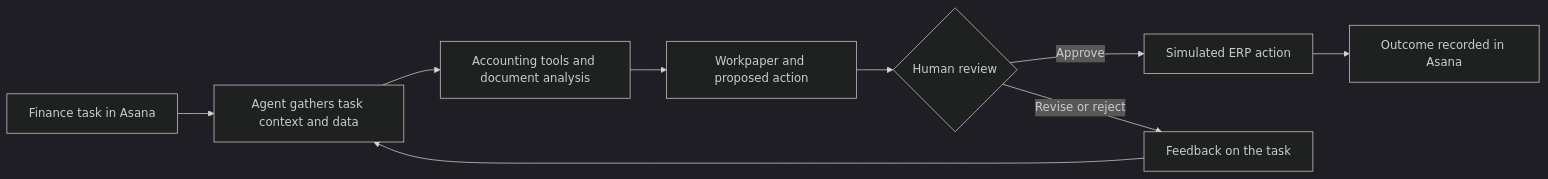
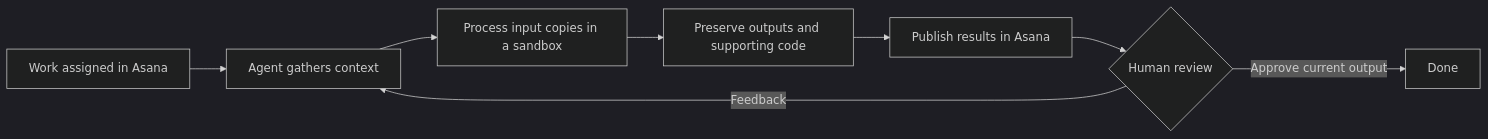
The diagram in README.md (neil-yee/accounting-finance-agent), drawn with Mermaid (dark theme) before and after one commit. The commit also changed other lines of this file and 47 other files, not shown here.

Commit message:
Add accounting finance agent foundation and supporting tooling

````diff
--- a/README.md
+++ b/README.md
@@ -34,11 +21,10 @@
 ```mermaid
 flowchart LR
-    A[Finance task in Asana] --> B[Agent gathers task context and data]
-    B --> C[Accounting tools and document analysis]
-    C --> D[Workpaper and proposed action]
-    D --> E{Human review}
-    E -->|Approve| F[Simulated ERP action]
-    E -->|Revise or reject| G[Feedback on the task]
-    F --> H[Outcome recorded in Asana]
-    G --> B
+    A[Work assigned in Asana] --> B[Agent gathers context]
+    B --> C[Process input copies in a sandbox]
+    C --> D[Preserve outputs and supporting code]
+    D --> E[Publish results in Asana]
+    E --> F{Human review}
+    F -->|Feedback| B
+    F -->|Approve current output| G[Done]
 ```
````
